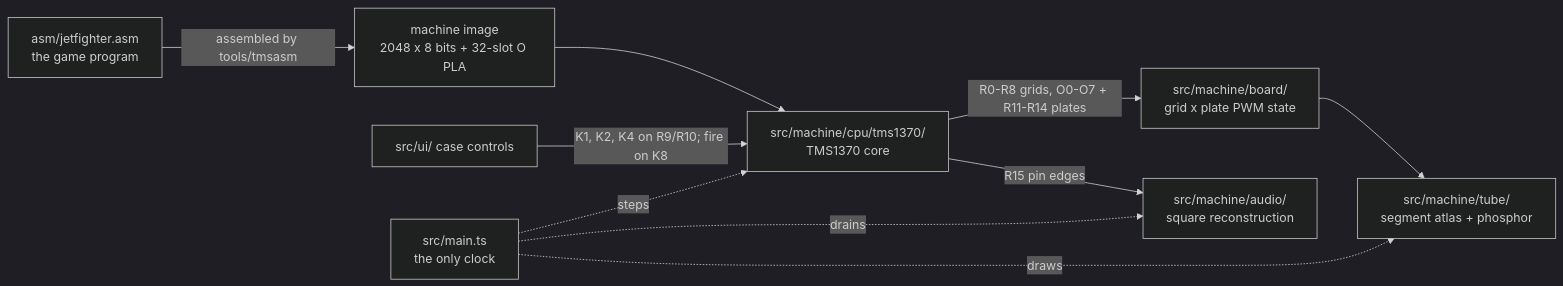
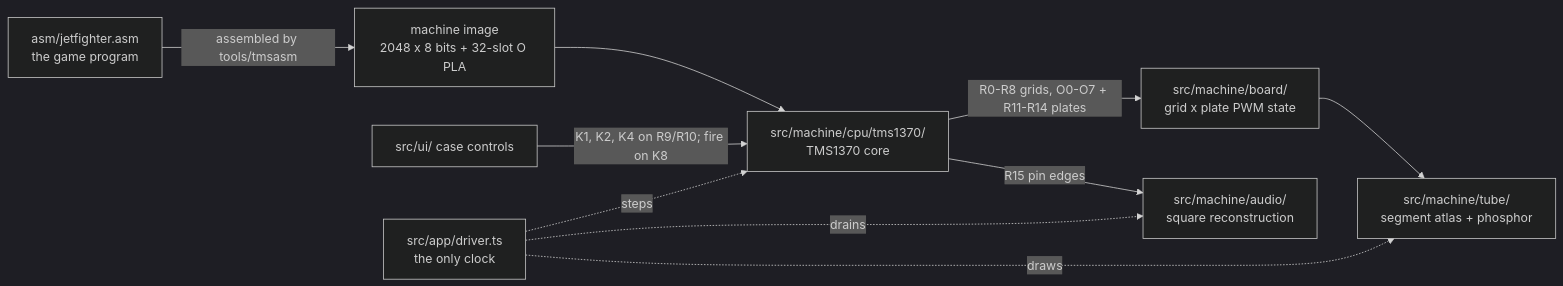
One commit to bjcoombs/jet-fighters changed the diagram in README.md. Above: the diagram before and after it, drawn with Mermaid (dark theme).

Commit message:
docs: Name the driver as the clock in the README diagram
Claude-Session: https://claude.ai/code/session_01UUWE7GnN5J3zRZasZXvnqo

````diff
--- a/README.md
+++ b/README.md
@@ -144,12 +144,12 @@
 ```mermaid
 flowchart LR
     ASM[asm/jetfighter.asm<br/>the game program] -->|assembled by tools/tmsasm| ROM[machine image<br/>2048 x 8 bits + 32-slot O PLA]
     ROM --> CPU[src/machine/cpu/tms1370/<br/>TMS1370 core]
     SW[src/ui/ case controls] -->|K1, K2, K4 on R9/R10; fire on K8| CPU
     CPU -->|R0-R8 grids, O0-O7 + R11-R14 plates| BOARD[src/machine/board/<br/>grid x plate PWM state]
     CPU -->|R15 pin edges| SPK[src/machine/audio/<br/>square reconstruction]
     BOARD --> TUBE[src/machine/tube/<br/>segment atlas + phosphor]
-    MAIN[src/main.ts<br/>the only clock] -.->|steps| CPU
+    MAIN[src/app/driver.ts<br/>the only clock] -.->|steps| CPU
     MAIN -.->|draws| TUBE
     MAIN -.->|drains| SPK
 ```
````
